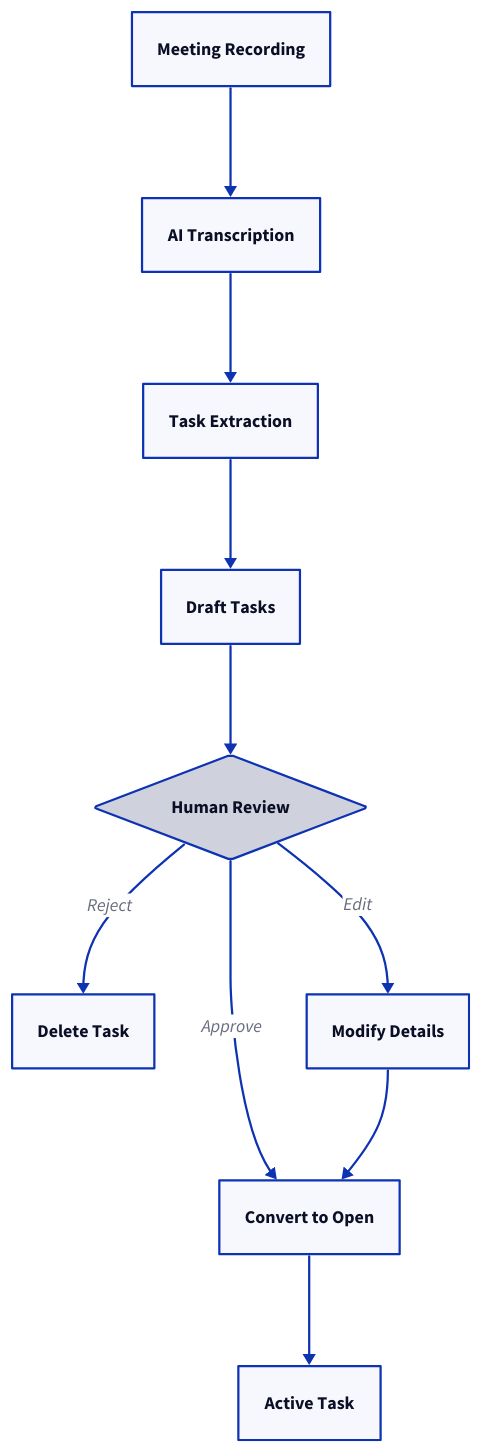
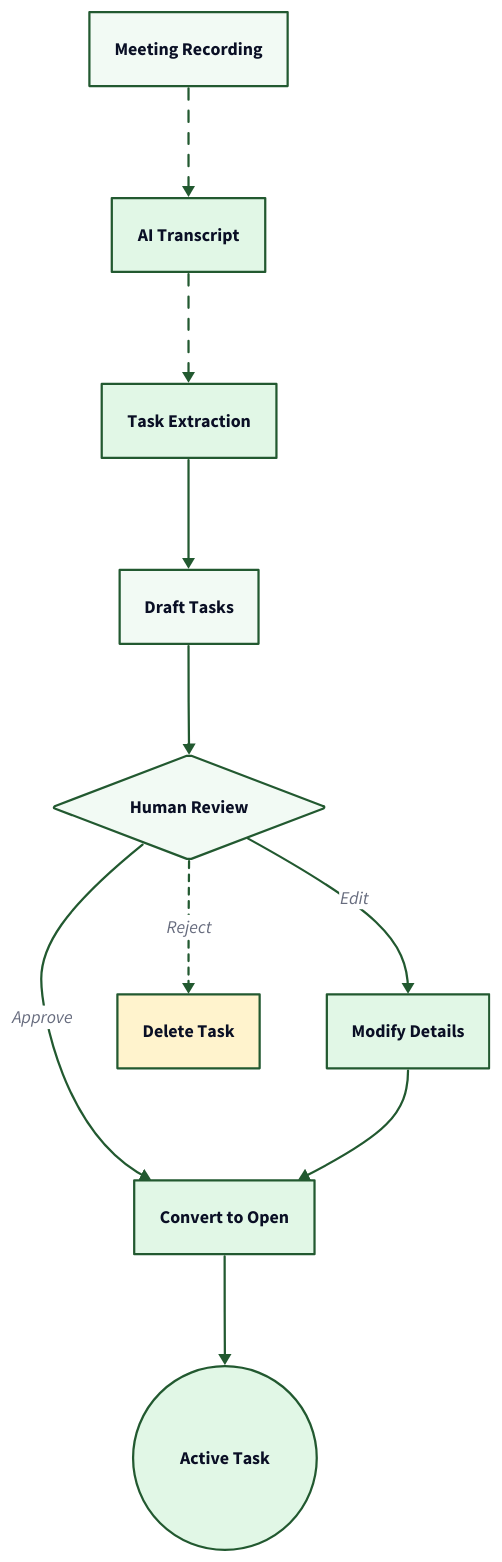
The diagram in src/content/docs/pro/integrations/extract-tasks-from-meetings.mdx (tallyfy/documentation), drawn with D2 before and after one commit. The commit also changed other lines of this file and 605 other files, not shown here.

````diff
--- a/src/content/docs/pro/integrations/extract-tasks-from-meetings.mdx
+++ b/src/content/docs/pro/integrations/extract-tasks-from-meetings.mdx
@@ -79,32 +80,98 @@
 ```d2
-Convert: "Convert"
-Delete: "Delete"
-Draft: "Draft"
-Edit: "Edit"
-Extract: "Extract"
-Review: "Review"
-Start: "Start"
-Track: "Track"
-Transcribe: "Transcribe"
-Start: Meeting Recording {shape: rectangle}
-Transcribe: AI Transcription {shape: rectangle}
-Extract: Task Extraction {shape: rectangle}
-Draft: Draft Tasks {shape: rectangle}
-Review: Human Review {shape: diamond}
-Convert: Convert to Open {shape: rectangle}
-Edit: Modify Details {shape: rectangle}
-Delete: Delete Task {shape: rectangle}
-Track: Active Task {shape: rectangle}
+direction: down
 
-Start -> Transcribe
-Transcribe -> Extract
-Extract -> Draft
-Draft -> Review
+# Main Process Flow
+Start: Meeting Recording {
+  shape: rectangle
+  style.fill: "#f2faf4"
+  style.stroke: "#225930"
+}
 
-Review -> Convert: Approve
-Review -> Edit: Edit
-Review -> Delete: Reject
+Transcribe: AI Transcript {
+  shape: rectangle
+  style.fill: "#e1f7e6"
+  style.stroke: "#225930"
+}
 
-Edit -> Convert
-Convert -> Track
+Extract: Task Extraction {
+  shape: rectangle
+  style.fill: "#e1f7e6"
+  style.stroke: "#225930"
+}
+
+Draft: Draft Tasks {
+  shape: rectangle
+  style.fill: "#f2faf4"
+  style.stroke: "#225930"
+  style.stroke-width: 2
+}
+
+Review: Human Review {
+  shape: diamond
+  style.fill: "#f2faf4"
+  style.stroke: "#225930"
+}
+
+# Review Actions
+Convert: Convert to Open {
+  shape: rectangle
+  style.fill: "#e1f7e6"
+  style.stroke: "#225930"
+}
+
+Edit: Modify Details {
+  shape: rectangle
+  style.fill: "#e1f7e6"
+  style.stroke: "#225930"
+}
+
+Delete: Delete Task {
+  shape: rectangle
+  style.fill: "#fff3cd"
+  style.stroke: "#225930"
+}
+
+# Final State
+Track: Active Task {
+  shape: circle
+  style.fill: "#e1f7e6"
+  style.stroke: "#225930"
+  style.stroke-width: 2
+}
+
+# Main Flow
+Start -> Transcribe {
+  style.stroke: "#225930"
+  style.animated: true
+}
+Transcribe -> Extract {
+  style.stroke: "#225930"
+  style.animated: true
+}
+Extract -> Draft {
+  style.stroke: "#225930"
+}
+Draft -> Review {
+  style.stroke: "#225930"
+}
+
+# Review Branches
+Review -> Convert: Approve {
+  style.stroke: "#225930"
+}
+Review -> Edit: Edit {
+  style.stroke: "#225930"
+}
+Review -> Delete: Reject {
+  style.stroke: "#225930"
+  style.stroke-dash: 3
+}
+
+# Final Connections
+Edit -> Convert {
+  style.stroke: "#225930"
+}
+Convert -> Track {
+  style.stroke: "#225930"
+}
 ```
````
